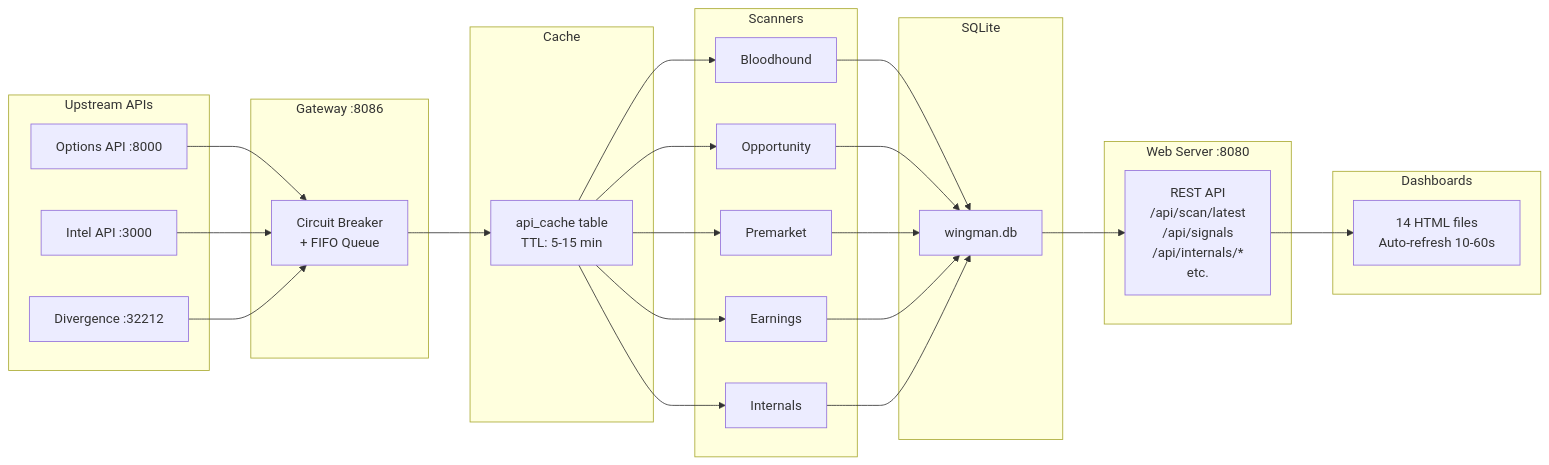
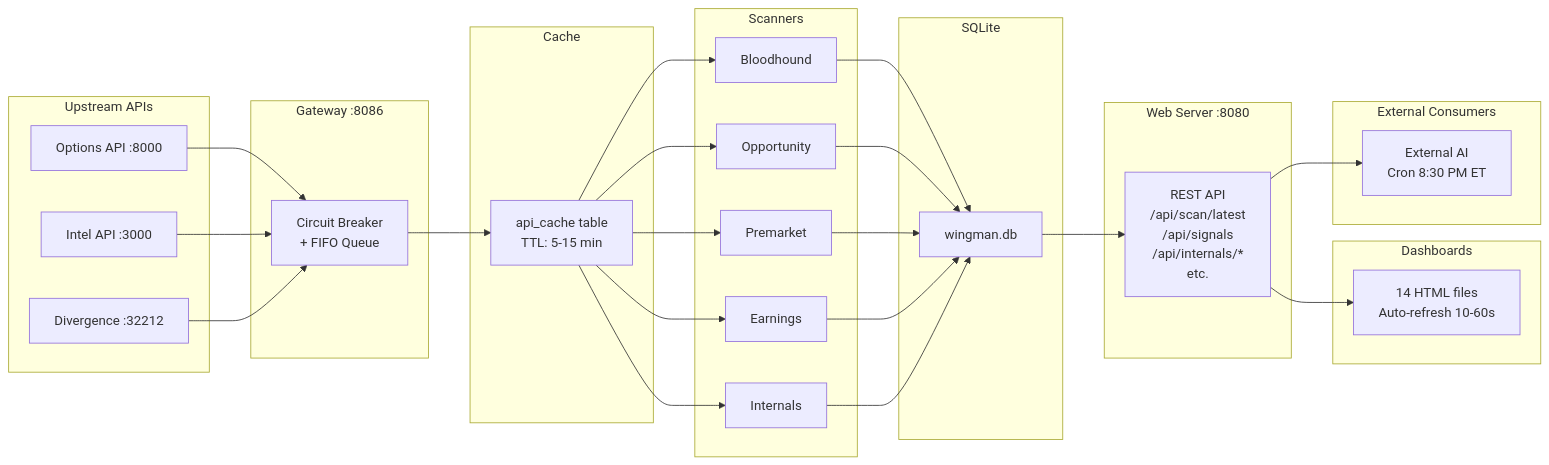
Before and after one commit to Namkuzu-da-OS/Divergance-Scanner: the second of 12 diagrams in docs/SYSTEM_ARCHITECTURE.md, drawn with Mermaid. The commit also changed other lines of this file and 3 other files, not shown here.

First line of the commit message:
Add external AI consumer to architecture diagrams and docs

````diff
--- a/docs/SYSTEM_ARCHITECTURE.md
+++ b/docs/SYSTEM_ARCHITECTURE.md
@@ -151,38 +157,43 @@
 ```mermaid
 flowchart LR
     subgraph Upstream["Upstream APIs"]
         A1["Options API :8000"]
         A2["Intel API :3000"]
         A3["Divergence :32212"]
     end
 
     subgraph Gateway["Gateway :8086"]
         GW["Circuit Breaker<br/>+ FIFO Queue"]
     end
 
     subgraph CacheLayer["Cache"]
         CA["api_cache table<br/>TTL: 5-15 min"]
     end
 
     subgraph Scanners["Scanners"]
         BH["Bloodhound"]
         OP["Opportunity"]
         PR["Premarket"]
         EA["Earnings"]
         MI["Internals"]
     end
 
     subgraph Storage["SQLite"]
         DB["wingman.db"]
     end
 
     subgraph Serve["Web Server :8080"]
         API["REST API<br/>/api/scan/latest<br/>/api/signals<br/>/api/internals/*<br/>etc."]
     end
 
     subgraph UI["Dashboards"]
         HTML["14 HTML files<br/>Auto-refresh 10-60s"]
     end
 
+    subgraph ExtConsumers["External Consumers"]
+        AI["External AI<br/>Cron 8:30 PM ET"]
+    end
+
     A1 & A2 & A3 --> GW --> CA --> BH & OP & PR & EA & MI --> DB --> API --> HTML
+    API --> AI
 ```
````
